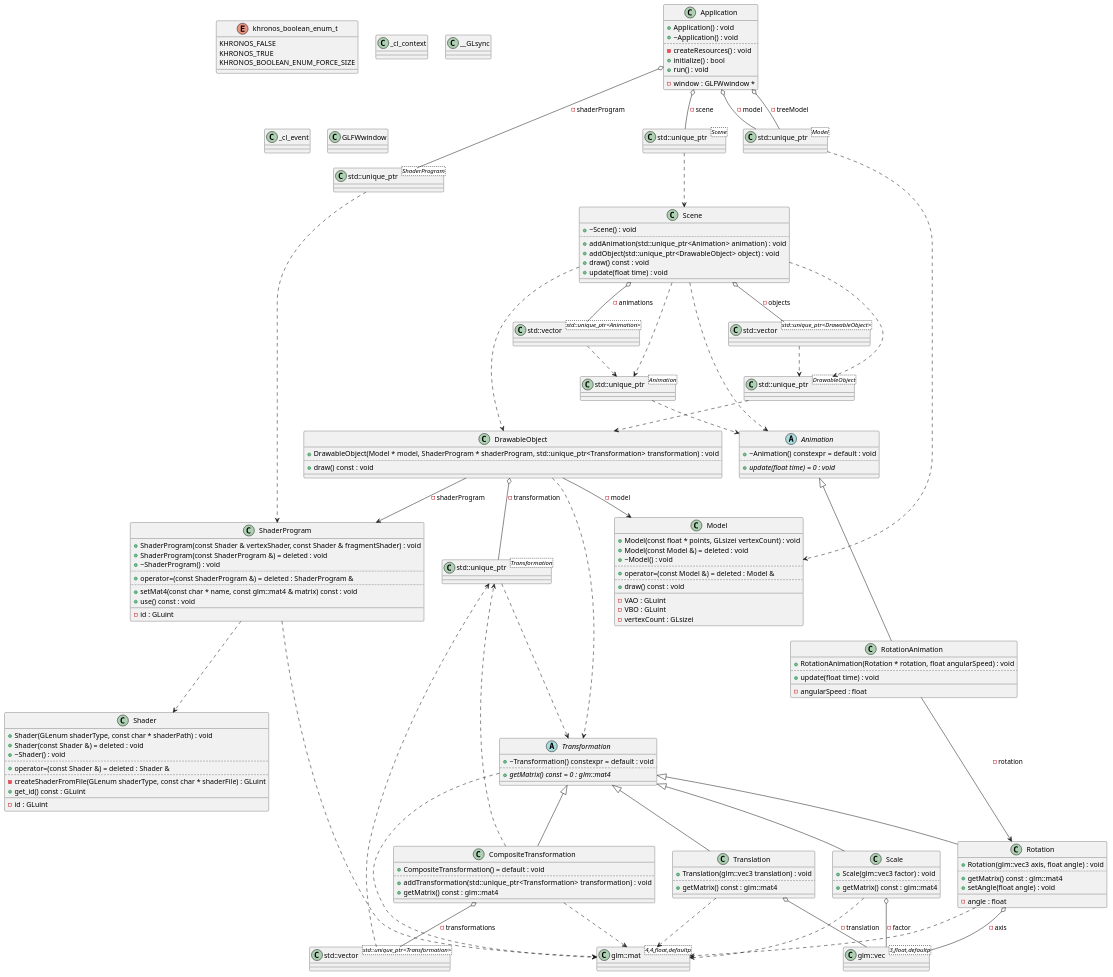
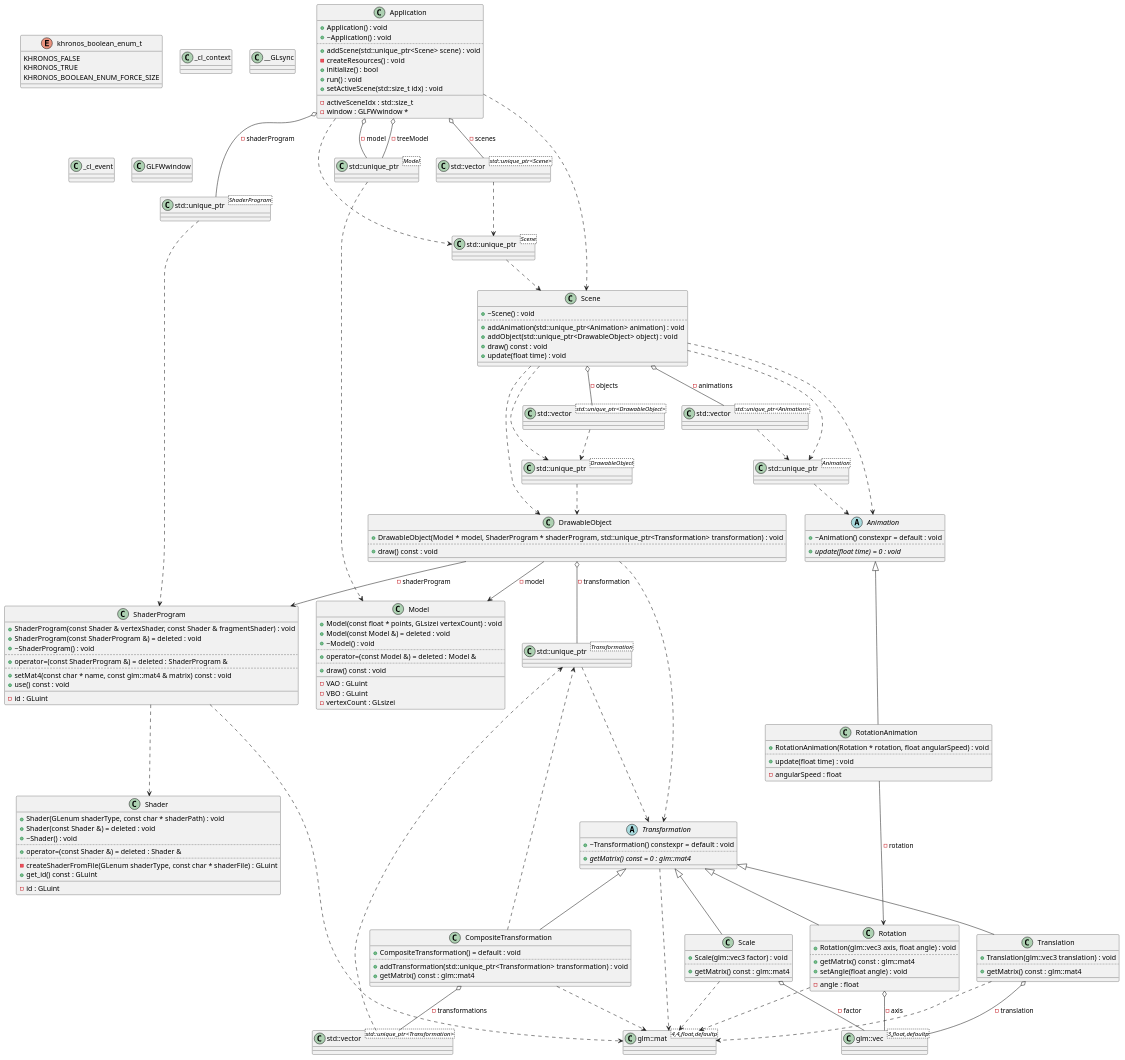
One commit to prezmyl/ZPG-computer-graphics changed the diagram in project/diagrams/architecture.puml. Above: the diagram before and after it, drawn with PlantUML. The commit also changed 2 other files, not shown here.

Commit message:
Scene -> scenes, swiching via callback - toCheck

```diff
--- a/project/diagrams/architecture.puml
+++ b/project/diagrams/architecture.puml
@@ -23,6 +23,10 @@
 class C_0003315780756738677811 {
 __
 }
+class "std::unique_ptr<Scene>" as C_0005841236919913815719
+class C_0005841236919913815719 {
+__
+}
 class "std::unique_ptr<Model>" as C_0005429747195776422453
 class C_0005429747195776422453 {
 __
@@ -31,8 +35,8 @@
 class C_0002291808102789227029 {
 __
 }
-class "std::unique_ptr<Scene>" as C_0005841236919913815719
-class C_0005841236919913815719 {
+class "std::vector<std::unique_ptr<Scene>>" as C_0001345993189807237249
+class C_0001345993189807237249 {
 __
 }
 class "glm::mat<4,4,float,defaultp>" as C_0010357790864569679796
@@ -169,10 +173,13 @@
 +Application() : void
 +~Application() : void
 ..
++addScene(std::unique_ptr<Scene> scene) : void
 -createResources() : void
 +initialize() : bool
 +run() : void
++setActiveScene(std::size_t idx) : void
 __
+-activeSceneIdx : std::size_t
 -window : GLFWwindow *
 }
 class "Translation" as C_0017401563024334194039
@@ -192,9 +199,10 @@
 C_0005257475143305114708 ..> C_0015989245659094276206
 C_0011978167887591285784 ..> C_0011135272028013465752
 C_0003315780756738677811 ..> C_0011978167887591285784
+C_0005841236919913815719 ..> C_0016177104474805726272
 C_0005429747195776422453 ..> C_0013243640185453418494
 C_0002291808102789227029 ..> C_0009272917675807370667
-C_0005841236919913815719 ..> C_0016177104474805726272
+C_0001345993189807237249 ..> C_0005841236919913815719
 C_0009272917675807370667 ..> C_0014899929896336503560
 C_0009272917675807370667 ..> C_0010357790864569679796
 C_0016177104474805726272 ..> C_0009635456962427627091
@@ -220,10 +228,12 @@
 C_0011135272028013465752 <|-- C_0018403690083903418410
 C_0007382990770960972762 --> C_0018403690083903418410 : -rotation
 C_0009177790275752332348 <|-- C_0007382990770960972762
+C_0008808924239730370349 ..> C_0005841236919913815719
+C_0008808924239730370349 ..> C_0016177104474805726272
 C_0008808924239730370349 o-- C_0005429747195776422453 : -model
 C_0008808924239730370349 o-- C_0005429747195776422453 : -treeModel
 C_0008808924239730370349 o-- C_0002291808102789227029 : -shaderProgram
-C_0008808924239730370349 o-- C_0005841236919913815719 : -scene
+C_0008808924239730370349 o-- C_0001345993189807237249 : -scenes
 C_0017401563024334194039 ..> C_0010357790864569679796
 C_0017401563024334194039 o-- C_0005836985577823843820 : -translation
 C_0011135272028013465752 <|-- C_0017401563024334194039
```
